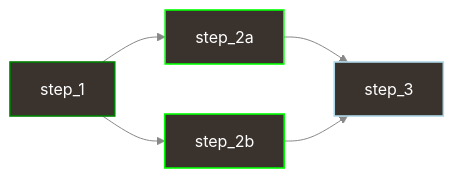
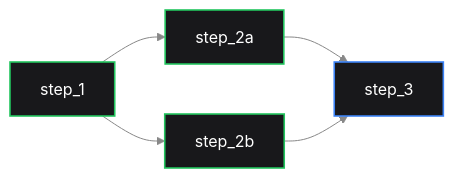
The second of 2 diagrams in README.md (dagu-org/dagu), drawn with Mermaid before and after one commit. The commit also changed other lines of this file and 2 other files, not shown here.

````diff
--- a/README.md
+++ b/README.md
@@ -195,12 +156,12 @@
 ```mermaid
-%%{init: {'theme': 'base', 'themeVariables': {'background': '#3A322C', 'primaryTextColor': '#fff', 'lineColor': '#888'}}}%%
+%%{init: {'theme': 'base', 'themeVariables': {'background': '#18181B', 'primaryTextColor': '#fff', 'lineColor': '#888'}}}%%
 graph LR
     A[step_1] --> B[step_2a]
     A --> C[step_2b]
     B --> D[step_3]
     C --> D
-    style A fill:#3A322C,stroke:green,stroke-width:1.6px,color:#fff
-    style B fill:#3A322C,stroke:lime,stroke-width:1.6px,color:#fff
-    style C fill:#3A322C,stroke:lime,stroke-width:1.6px,color:#fff
-    style D fill:#3A322C,stroke:lightblue,stroke-width:1.6px,color:#fff
+    style A fill:#18181B,stroke:#22C55E,stroke-width:1.6px,color:#fff
+    style B fill:#18181B,stroke:#22C55E,stroke-width:1.6px,color:#fff
+    style C fill:#18181B,stroke:#22C55E,stroke-width:1.6px,color:#fff
+    style D fill:#18181B,stroke:#3B82F6,stroke-width:1.6px,color:#fff
 ```
````
